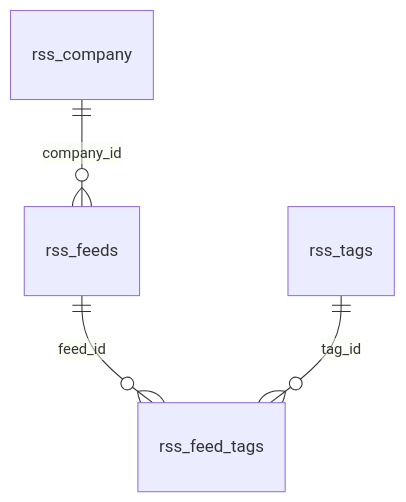
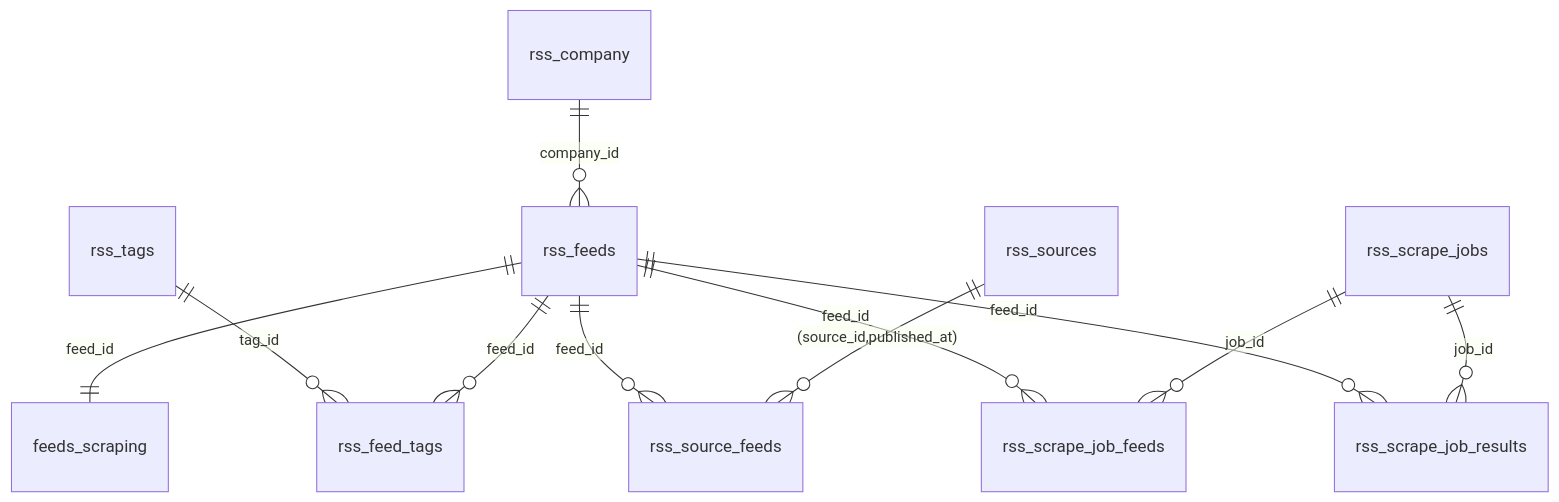
One commit to Dorn-15/Manifeed changed the diagram in doc/postgres/relations.md. Above: the diagram before and after it, drawn with Mermaid. The commit also changed other lines of this file and 168 other files, not shown here.

````diff
--- a/doc/postgres/relations.md
+++ b/doc/postgres/relations.md
@@ -5,6 +5,17 @@
 ```mermaid
 erDiagram
     rss_company ||--o{ rss_feeds : company_id
     rss_feeds ||--o{ rss_feed_tags : feed_id
     rss_tags ||--o{ rss_feed_tags : tag_id
+
+    rss_feeds ||--|| feeds_scraping : feed_id
+
+    rss_sources ||--o{ rss_source_feeds : "(source_id,published_at)"
+    rss_feeds ||--o{ rss_source_feeds : feed_id
+
+    rss_scrape_jobs ||--o{ rss_scrape_job_feeds : job_id
+    rss_feeds ||--o{ rss_scrape_job_feeds : feed_id
+
+    rss_scrape_jobs ||--o{ rss_scrape_job_results : job_id
+    rss_feeds ||--o{ rss_scrape_job_results : feed_id
 ```
````
